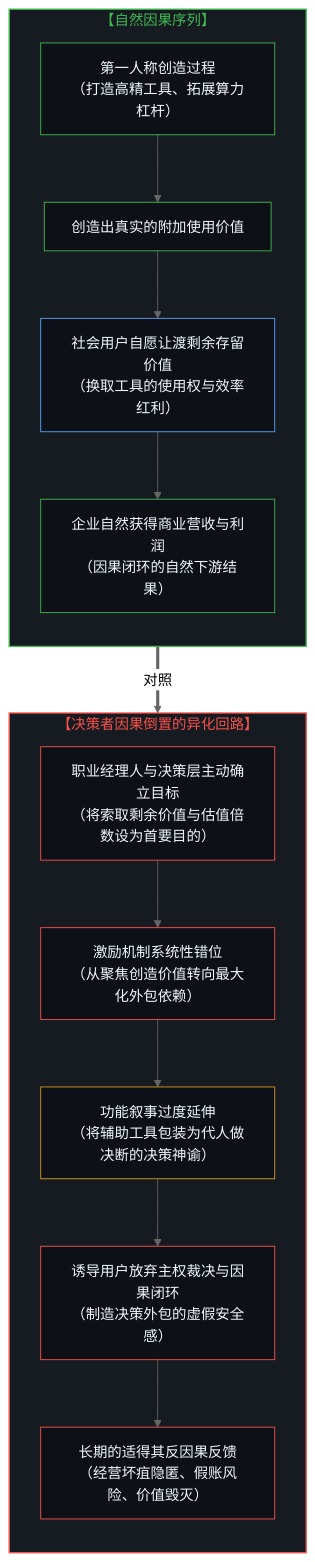
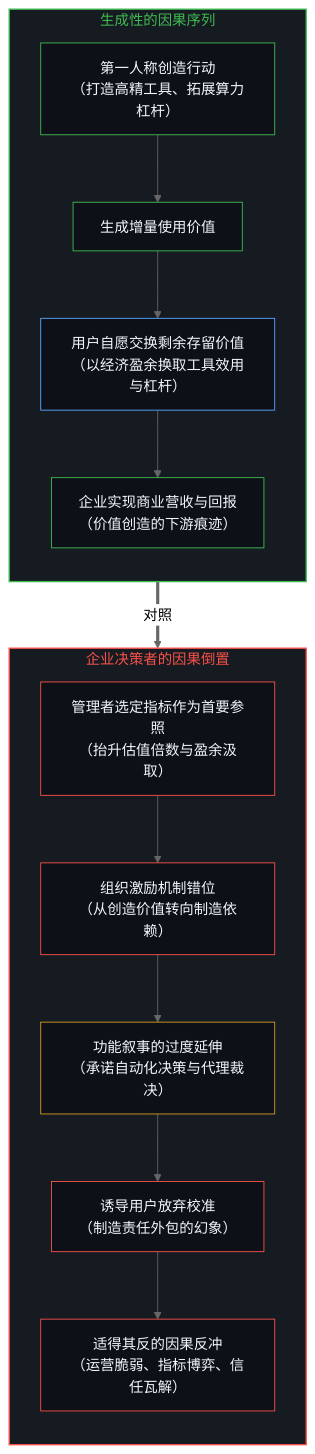
The fifth of 12 diagrams in content/posts/the-delegation-of-the-task-and-the-inalienability-of-consequences.md (powerpig99/not-a-toe), drawn with Mermaid (neutral theme) before and after one commit. The commit also changed other lines of this file and 1 other file, not shown here.

Commit message:
Refine L1 #8 (Wave 3): the-delegation-of-the-task-and-the-inalienability-of-consequences

````diff
--- a/content/posts/the-delegation-of-the-task-and-the-inalienability-of-consequences.md
+++ b/content/posts/the-delegation-of-the-task-and-the-inalienability-of-consequences.md
@@ -157,31 +155,31 @@
 ```mermaid
-graph TD
-    subgraph Natural_Causal_Order["【自然因果序列】"]
+flowchart TD
+    subgraph S_Natural["生成性的因果序列"]
         direction TB
-        V1["第一人称创造过程<br/>（打造高精工具、拓展算力杠杆）"] --> V2["创造出真实的附加使用价值"]
-        V2 --> V3["社会用户自愿让渡剩余存留价值<br/>（换取工具的使用权与效率红利）"]
-        V3 --> V4["企业自然获得商业营收与利润<br/>（因果闭环的自然下游结果）"]
+        V1["第一人称创造行动<br/>（打造高精工具、拓展算力杠杆）"] --> V2["生成增量使用价值"]
+        V2 --> V3["用户自愿交换剩余存留价值<br/>（以经济盈余换取工具效用与杠杆）"]
+        V3 --> V4["企业实现商业营收与回报<br/>（价值创造的下游痕迹）"]
     end
 
-    subgraph Inverted_Causal_Order["【决策者因果倒置的异化回路】"]
+    subgraph S_Inverted["企业决策者的因果倒置"]
         direction TB
-        I1["职业经理人与决策层主动确立目标<br/>（将索取剩余价值与估值倍数设为首要目的）"] --> I2["激励机制系统性错位<br/>（从聚焦创造价值转向最大化外包依赖）"]
-        I2 --> I3["功能叙事过度延伸<br/>（将辅助工具包装为代人做决断的决策神谕）"]
-        I3 --> I4["诱导用户放弃主权裁决与因果闭环<br/>（制造决策外包的虚假安全感）"]
-        I4 --> I5["长期的适得其反因果反馈<br/>（经营坏疽隐匿、假账风险、价值毁灭）"]
+        I1["管理者选定指标作为首要参照<br/>（抬升估值倍数与盈余汲取）"] --> I2["组织激励机制错位<br/>（从创造价值转向制造依赖）"]
+        I2 --> I3["功能叙事的过度延伸<br/>（承诺自动化决策与代理裁决）"]
+        I3 --> I4["诱导用户放弃校准<br/>（制造责任外包的幻象）"]
+        I4 --> I5["适得其反的因果反冲<br/>（运营脆弱、指标博弈、信任瓦解）"]
     end
 
-    Natural_Causal_Order ==>|"对照"| Inverted_Causal_Order
+    S_Natural ==>|"对照"| S_Inverted
 
-    style Natural_Causal_Order fill:#161b22,stroke:#3fb950,stroke-width:1.5px,color:#3fb950
-    style Inverted_Causal_Order fill:#161b22,stroke:#f85149,stroke-width:1.5px,color:#f85149
+    style S_Natural fill:#161b22,stroke:#3fb950,stroke-width:1.5px,color:#3fb950
+    style S_Inverted fill:#161b22,stroke:#f85149,stroke-width:1.5px,color:#f85149
     style V1 fill:#0d1117,stroke:#3fb950,stroke-width:1px,color:#f0f6fc
     style V2 fill:#0d1117,stroke:#3fb950,stroke-width:1px,color:#f0f6fc
     style V3 fill:#0d1117,stroke:#58a6ff,stroke-width:1px,color:#f0f6fc
     style V4 fill:#0d1117,stroke:#3fb950,stroke-width:1px,color:#f0f6fc
     style I1 fill:#0d1117,stroke:#f85149,stroke-width:1px,color:#f0f6fc
     style I2 fill:#0d1117,stroke:#f85149,stroke-width:1px,color:#f0f6fc
     style I3 fill:#0d1117,stroke:#d29922,stroke-width:1px,color:#f0f6fc
     style I4 fill:#0d1117,stroke:#f85149,stroke-width:1px,color:#f0f6fc
     style I5 fill:#0d1117,stroke:#f85149,stroke-width:1px,color:#f0f6fc
 ```
````
